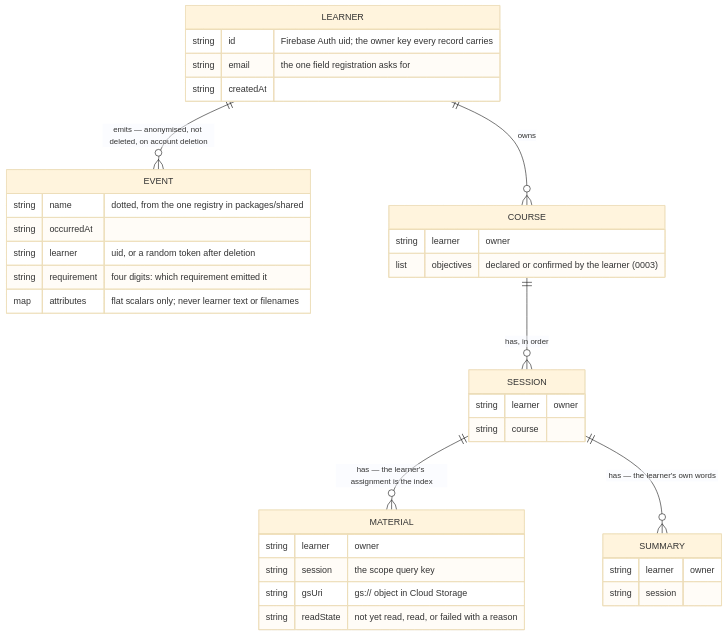
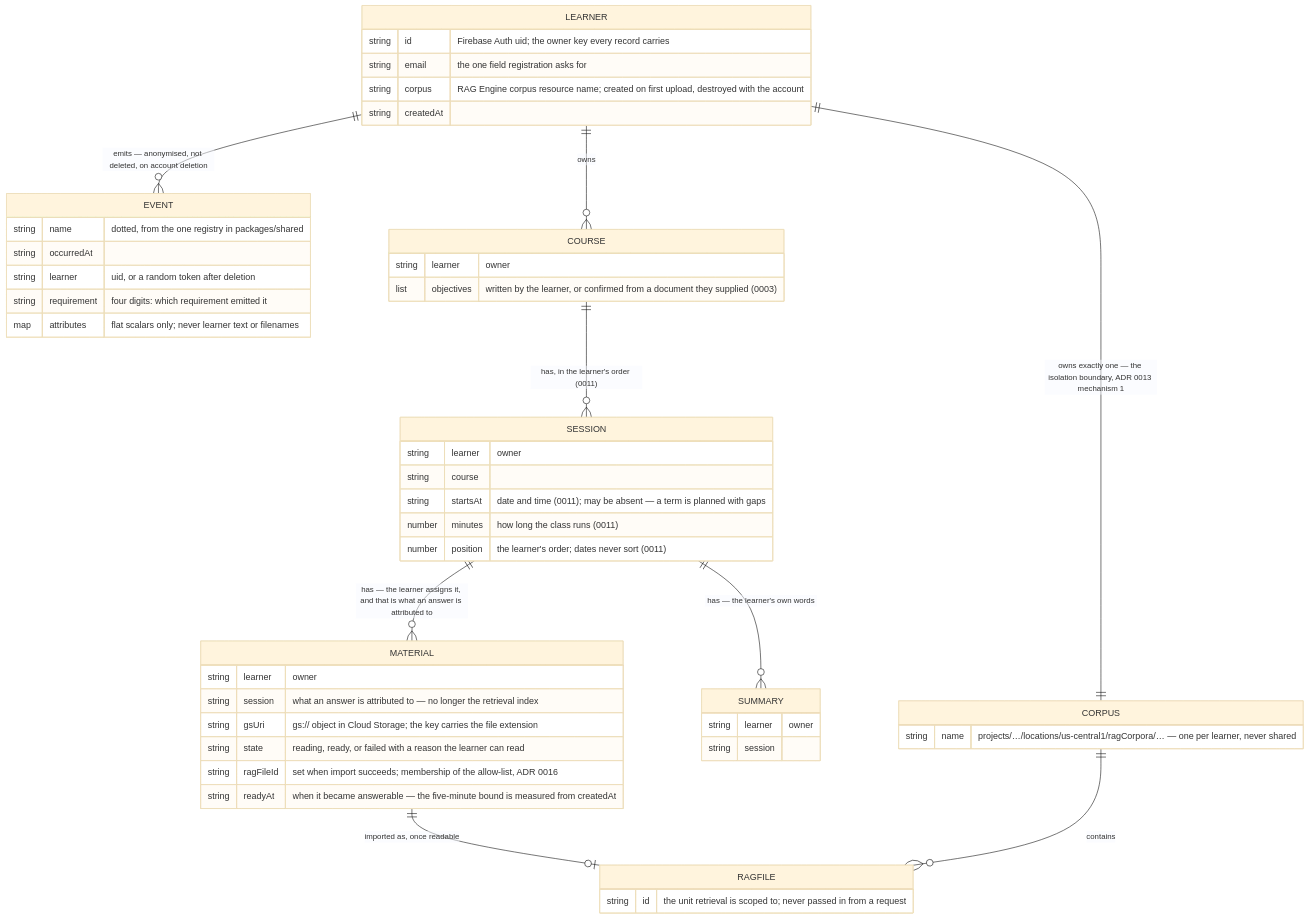
One commit to Sumeria-ltd/aitutor changed the diagram in docs/diagrams/data-model.mmd. Above: the diagram before and after it, drawn with Mermaid (base theme). The commit also changed 4 other files, not shown here.

First line of the commit message:
AIT-83 docs: the retrieval reversal is approved, and the diagrams stop lying

```diff
--- a/docs/diagrams/data-model.mmd
+++ b/docs/diagrams/data-model.mmd
@@ -1,42 +1,60 @@
-%% Data model — Firestore, one database. Built today: LEARNER and EVENT (spec 0001).
-%% Declared, not built: COURSE, SESSION, MATERIAL, SUMMARY — the four collections spec 0001's
-%% export payload names. Their fields are only what ADRs already require: the owner key
-%% (ADR 0006), the session as index (ADR 0001), the gs:// URI (CLAUDE.md), the read state
-%% (ADR 0005). Nothing else is decided yet.
+%% Data model — Firestore, one database. Built today: LEARNER and EVENT (spec 0001), plus
+%% COURSE, SESSION and MATERIAL as the phase D demo built them (AIT-93/94/95).
+%% Fields are only what an ADR or a spec requires: the owner key (ADR 0006), the gs:// URI
+%% (CLAUDE.md), the read state and readyAt (ADR 0005, spec 0010), the learner's corpus and the
+%% ragFile id (ADR 0013, ADR 0016). SUMMARY is declared, not built.
+%% Changed 2026-09-29: the session is no longer the index. ADR 0001 is superseded by ADR 0013 —
+%% retrieval is a per-learner managed corpus, and the allow-list of ragFile ids for material the
+%% learner holds is what scopes it (ADR 0016). Filing still buys attribution (PRD §10 claim 3).
 erDiagram
   LEARNER ||--o{ EVENT : "emits — anonymised, not deleted, on account deletion"
   LEARNER ||--o{ COURSE : owns
-  COURSE ||--o{ SESSION : "has, in order"
-  SESSION ||--o{ MATERIAL : "has — the learner's assignment is the index"
+  LEARNER ||--|| CORPUS : "owns exactly one — the isolation boundary, ADR 0013 mechanism 1"
+  COURSE ||--o{ SESSION : "has, in the learner's order (0011)"
+  SESSION ||--o{ MATERIAL : "has — the learner assigns it, and that is what an answer is attributed to"
   SESSION ||--o{ SUMMARY : "has — the learner's own words"
+  MATERIAL ||--o| RAGFILE : "imported as, once readable"
+  CORPUS ||--o{ RAGFILE : contains
 
   LEARNER {
     string id "Firebase Auth uid; the owner key every record carries"
     string email "the one field registration asks for"
+    string corpus "RAG Engine corpus resource name; created on first upload, destroyed with the account"
     string createdAt
   }
   EVENT {
     string name "dotted, from the one registry in packages/shared"
     string occurredAt
     string learner "uid, or a random token after deletion"
     string requirement "four digits: which requirement emitted it"
     map attributes "flat scalars only; never learner text or filenames"
   }
   COURSE {
     string learner "owner"
-    list objectives "declared or confirmed by the learner (0003)"
+    list objectives "written by the learner, or confirmed from a document they supplied (0003)"
   }
   SESSION {
     string learner "owner"
     string course
+    string startsAt "date and time (0011); may be absent — a term is planned with gaps"
+    number minutes "how long the class runs (0011)"
+    number position "the learner's order; dates never sort (0011)"
   }
   MATERIAL {
     string learner "owner"
-    string session "the scope query key"
-    string gsUri "gs:// object in Cloud Storage"
-    string readState "not yet read, read, or failed with a reason"
+    string session "what an answer is attributed to — no longer the retrieval index"
+    string gsUri "gs:// object in Cloud Storage; the key carries the file extension"
+    string state "reading, ready, or failed with a reason the learner can read"
+    string ragFileId "set when import succeeds; membership of the allow-list, ADR 0016"
+    string readyAt "when it became answerable — the five-minute bound is measured from createdAt"
   }
   SUMMARY {
     string learner "owner"
     string session
   }
+  CORPUS {
+    string name "projects/…/locations/us-central1/ragCorpora/… — one per learner, never shared"
+  }
+  RAGFILE {
+    string id "the unit retrieval is scoped to; never passed in from a request"
+  }
```
